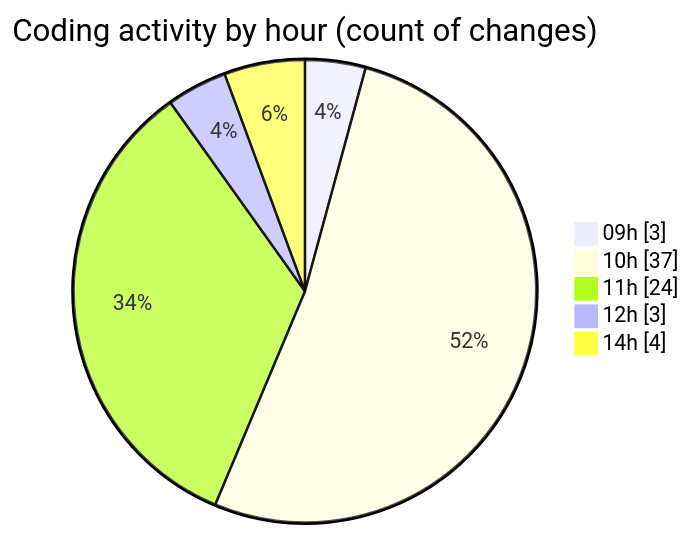
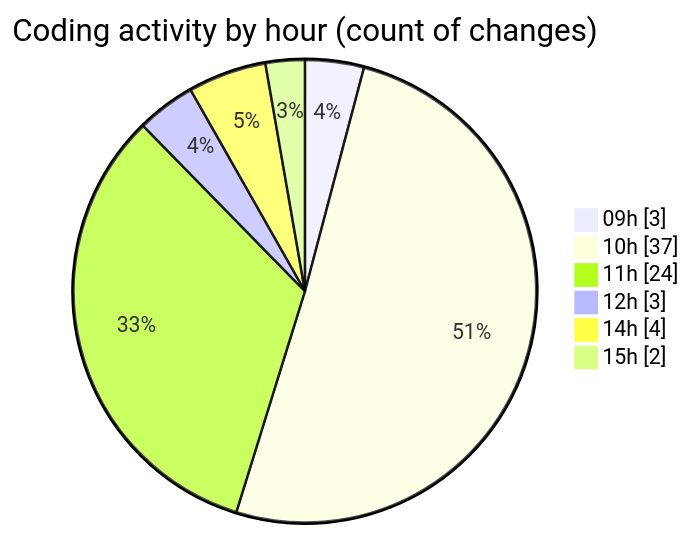
The second of 2 diagrams in 2025-05-02/ecodeli/README.md (CELIANVF/code-tracking), drawn with Mermaid before and after one commit. The commit also changed other lines of this file and 1 other file, not shown here.

````diff
--- a/2025-05-02/ecodeli/README.md
+++ b/2025-05-02/ecodeli/README.md
@@ -59,9 +60,10 @@
 ```mermaid
 pie showData
 title Coding activity by hour (count of changes)
 "09h" : 3
 "10h" : 37
 "11h" : 24
 "12h" : 3
 "14h" : 4
+"15h" : 2
 ```
````
